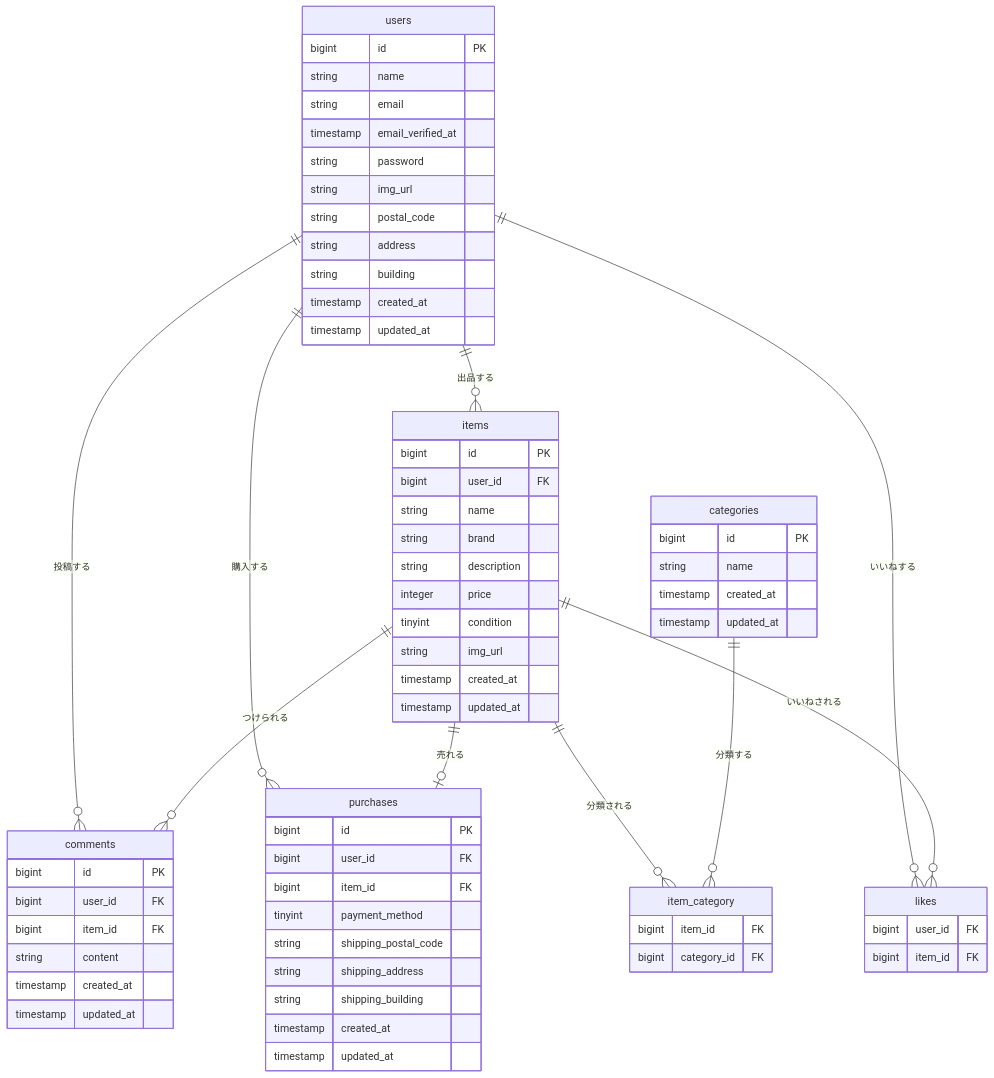
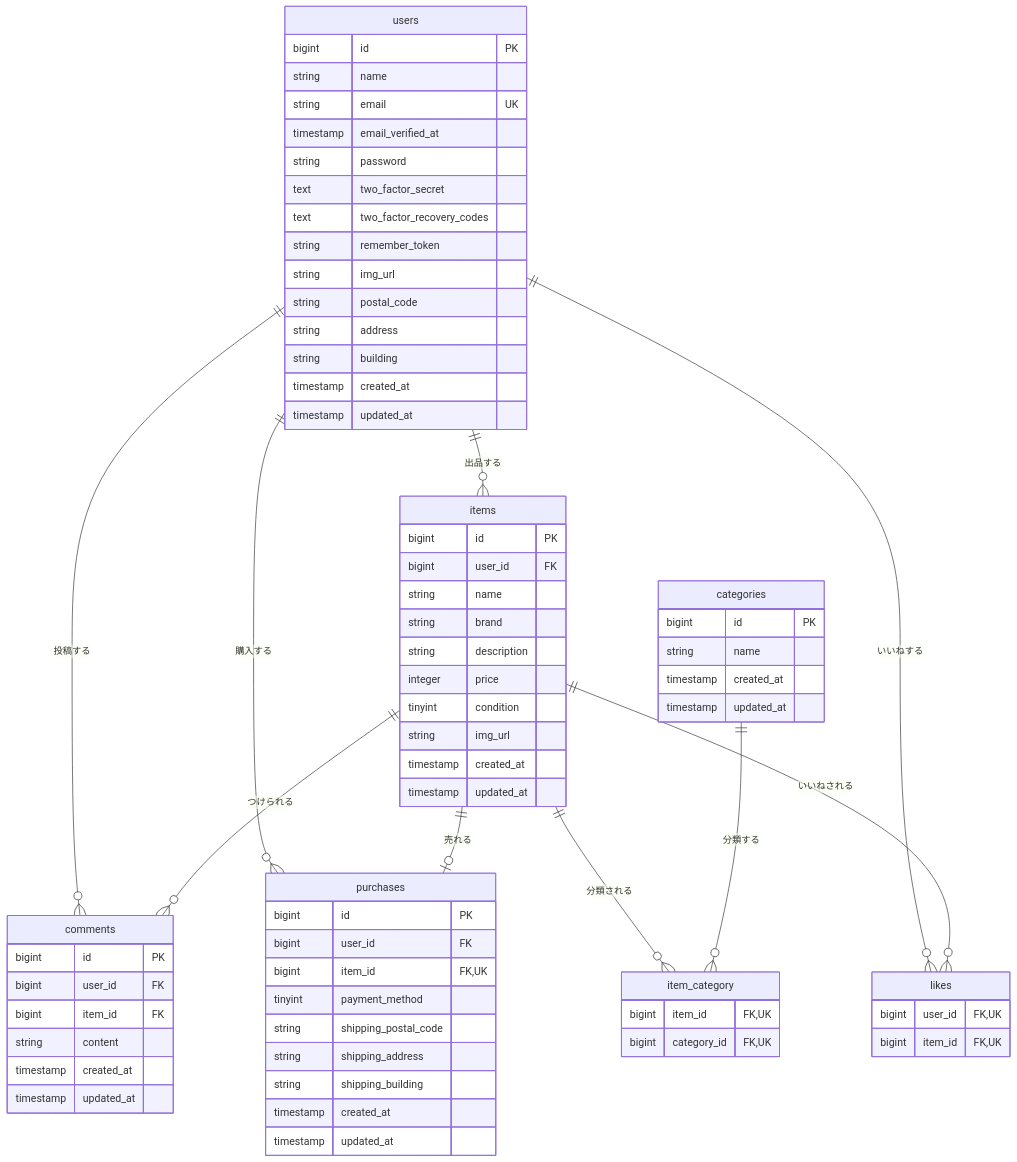
One commit to kayame0120-code/flea-market-app changed the diagram in README.md. Above: the diagram before and after it, drawn with Mermaid. The commit also changed 5 other files, not shown here.

Commit message:
ER図を修正

````diff
--- a/README.md
+++ b/README.md
@@ -51,70 +51,73 @@
 ```mermaid
 erDiagram
     users ||--o{ items : "出品する"
     users ||--o{ comments : "投稿する"
     users ||--o{ purchases : "購入する"
     users ||--o{ likes : "いいねする"
     items ||--o{ comments : "つけられる"
     items ||--o| purchases : "売れる"
     items ||--o{ item_category : "分類される"
     categories ||--o{ item_category : "分類する"
     items ||--o{ likes : "いいねされる"
     users {
         bigint id PK
         string name
-        string email
+        string email UK
         timestamp email_verified_at
         string password
+        text two_factor_secret
+        text two_factor_recovery_codes
+        string remember_token
         string img_url
         string postal_code
         string address
         string building
         timestamp created_at
         timestamp updated_at
     }
     items {
         bigint id PK
         bigint user_id FK
         string name
         string brand
         string description
         integer price
         tinyint condition
         string img_url
         timestamp created_at
         timestamp updated_at
     }
     categories {
         bigint id PK
         string name
         timestamp created_at
         timestamp updated_at
     }
     item_category {
-        bigint item_id FK
-        bigint category_id FK
+        bigint item_id FK, UK
+        bigint category_id FK, UK
     }
     likes {
-        bigint user_id FK
-        bigint item_id FK
+        bigint user_id FK, UK
+        bigint item_id FK, UK
     }
     comments {
         bigint id PK
         bigint user_id FK
         bigint item_id FK
         string content
         timestamp created_at
         timestamp updated_at
     }
     purchases {
         bigint id PK
         bigint user_id FK
-        bigint item_id FK
+        bigint item_id FK, UK
         tinyint payment_method
         string shipping_postal_code
         string shipping_address
         string shipping_building
         timestamp created_at
         timestamp updated_at
     }
 ```
````
